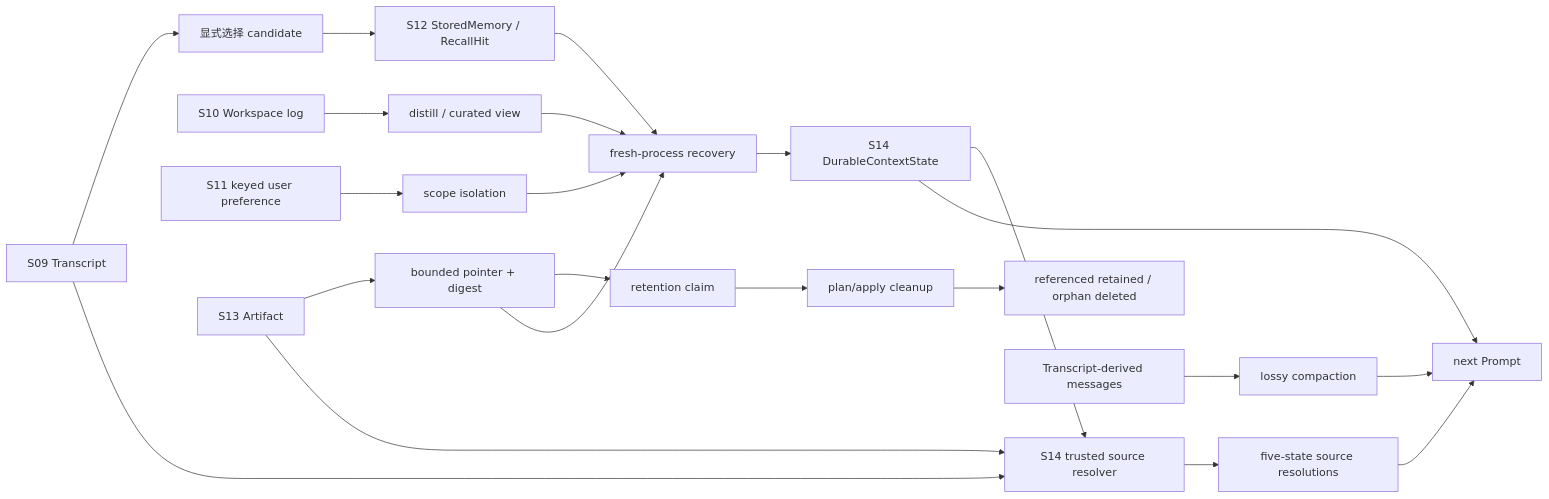
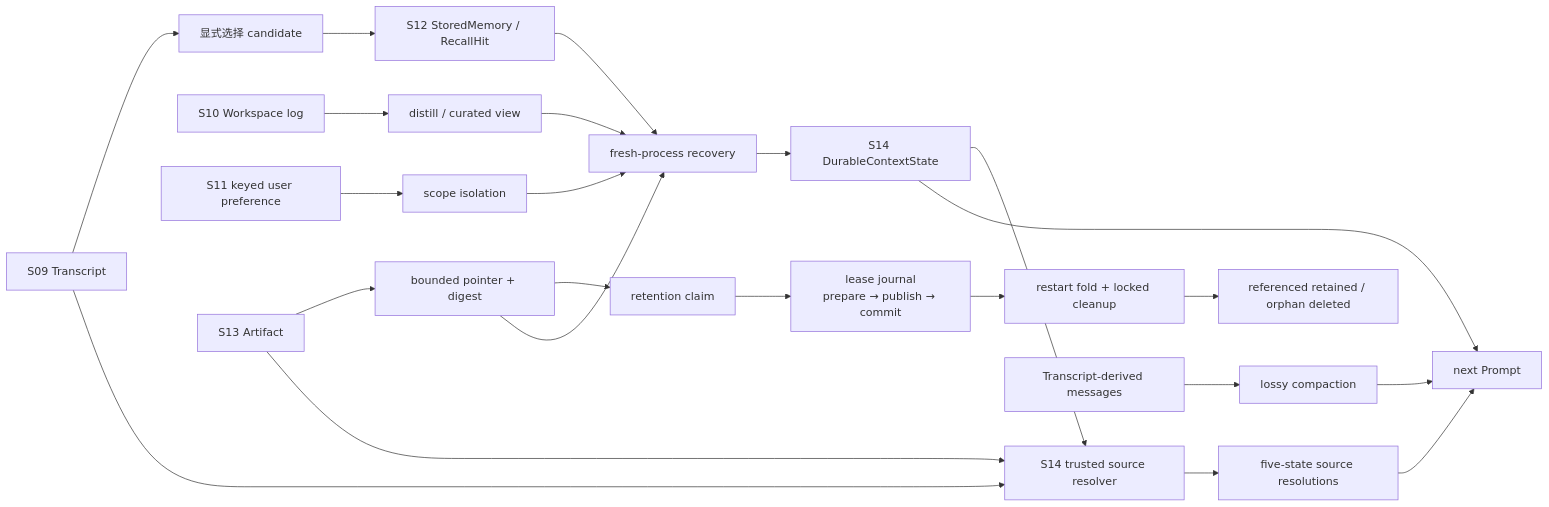
Before and after one commit to Zenquan/learn-workbuddy: the diagram in examples/layered_memory_walkthrough/README.md, drawn with Mermaid. The commit also changed other lines of this file and 7 other files, not shown here.

````diff
--- a/examples/layered_memory_walkthrough/README.md
+++ b/examples/layered_memory_walkthrough/README.md
@@ -11,24 +11,25 @@
 ```mermaid
 flowchart LR
   T["S09 Transcript"] --> S["显式选择 candidate"]
   S --> R["S12 StoredMemory / RecallHit"]
   W["S10 Workspace log"] --> D["distill / curated view"]
   U["S11 keyed user preference"] --> I["scope isolation"]
   A["S13 Artifact"] --> P["bounded pointer + digest"]
   P --> L["retention claim"]
-  L --> G["plan/apply cleanup"]
+  L --> J["lease journal<br/>prepare → publish → commit"]
+  J --> G["restart fold + locked cleanup"]
   G --> K["referenced retained / orphan deleted"]
   R --> F["fresh-process recovery"]
   D --> F
   I --> F
   P --> F
   F --> DS["S14 DurableContextState"]
   T --> V["S14 trusted source resolver"]
   A --> V
   DS --> V
   V --> X["five-state source resolutions"]
   M["Transcript-derived messages"] --> C["lossy compaction"]
   DS --> Q["next Prompt"]
   X --> Q
   C --> Q
 ```
````
